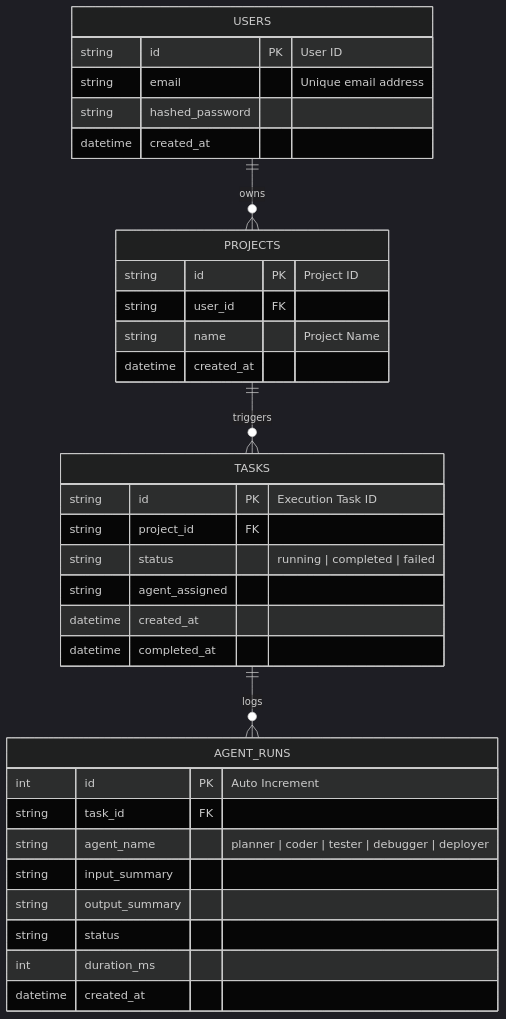
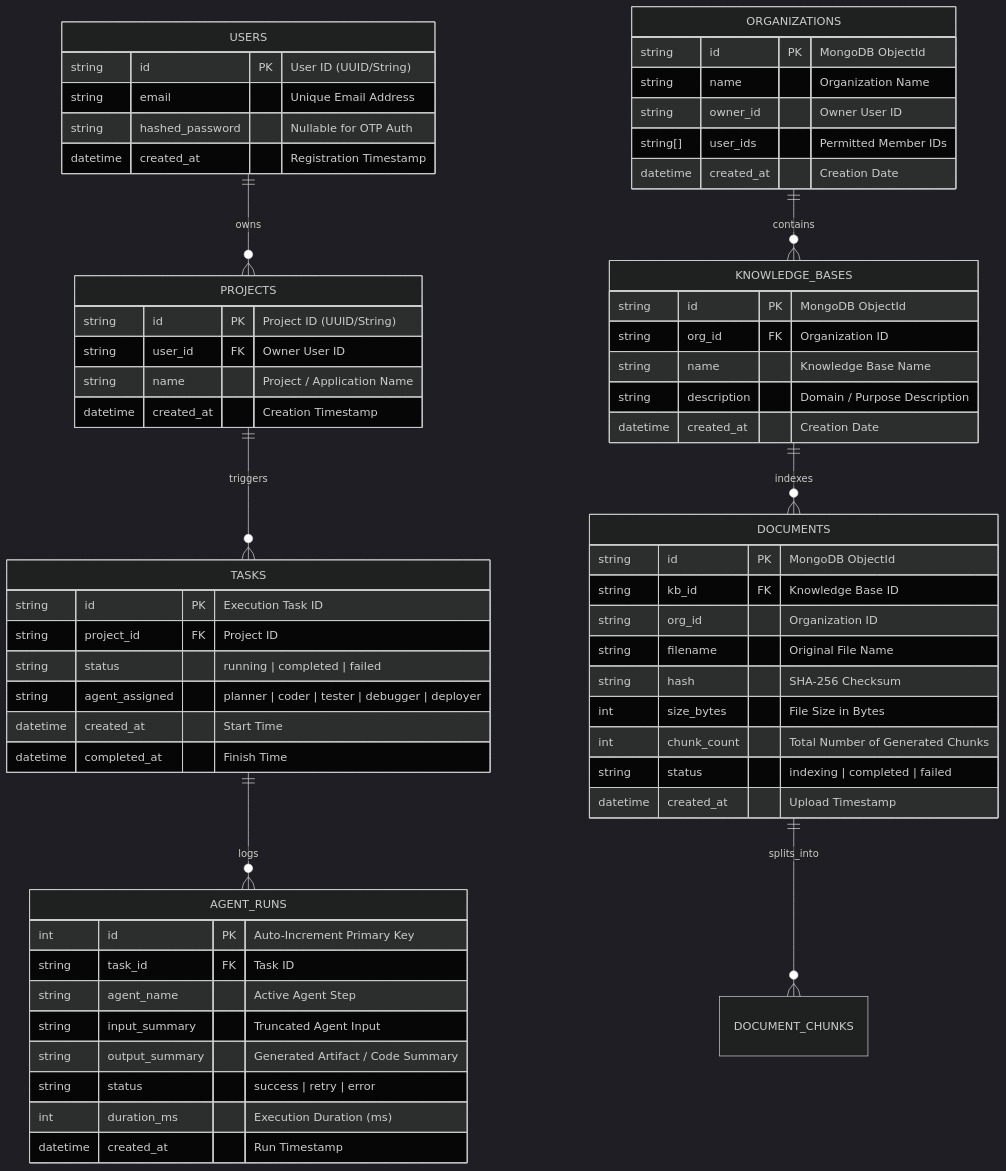
Before and after one commit to Himanshuyadav37/AetheraAI: the second of 3 diagrams in README.md, drawn with Mermaid (dark theme). The commit also changed other lines of this file, not shown here.

Commit message:
docs: create comprehensive production documentation, architecture, admin panel guide, and API reference

````diff
--- a/README.md
+++ b/README.md
@@ -205,37 +145,71 @@
 ```mermaid
 erDiagram
     USERS ||--o{ PROJECTS : owns
     PROJECTS ||--o{ TASKS : triggers
     TASKS ||--o{ AGENT_RUNS : logs
+    ORGANIZATIONS ||--o{ KNOWLEDGE_BASES : contains
+    KNOWLEDGE_BASES ||--o{ DOCUMENTS : indexes
+    DOCUMENTS ||--o{ DOCUMENT_CHUNKS : splits_into
 
     USERS {
-        string id PK "User ID"
-        string email "Unique email address"
-        string hashed_password
-        datetime created_at
+        string id PK "User ID (UUID/String)"
+        string email "Unique Email Address"
+        string hashed_password "Nullable for OTP Auth"
+        datetime created_at "Registration Timestamp"
     }
+
     PROJECTS {
-        string id PK "Project ID"
-        string user_id FK
-        string name "Project Name"
-        datetime created_at
+        string id PK "Project ID (UUID/String)"
+        string user_id FK "Owner User ID"
+        string name "Project / Application Name"
+        datetime created_at "Creation Timestamp"
     }
+
     TASKS {
         string id PK "Execution Task ID"
-        string project_id FK
+        string project_id FK "Project ID"
         string status "running | completed | failed"
-        string agent_assigned
-        datetime created_at
-        datetime completed_at
+        string agent_assigned "planner | coder | tester | debugger | deployer"
+        datetime created_at "Start Time"
+        datetime completed_at "Finish Time"
     }
+
     AGENT_RUNS {
-        int id PK "Auto Increment"
-        string task_id FK
-        string agent_name "planner | coder | tester | debugger | deployer"
-        string input_summary
-        string output_summary
-        string status
-        int duration_ms
-        datetime created_at
+        int id PK "Auto-Increment Primary Key"
+        string task_id FK "Task ID"
+        string agent_name "Active Agent Step"
+        string input_summary "Truncated Agent Input"
+        string output_summary "Generated Artifact / Code Summary"
+        string status "success | retry | error"
+        int duration_ms "Execution Duration (ms)"
+        datetime created_at "Run Timestamp"
+    }
+
+    ORGANIZATIONS {
+        string id PK "MongoDB ObjectId"
+        string name "Organization Name"
+        string owner_id "Owner User ID"
+        string[] user_ids "Permitted Member IDs"
+        datetime created_at "Creation Date"
+    }
+
+    KNOWLEDGE_BASES {
+        string id PK "MongoDB ObjectId"
+        string org_id FK "Organization ID"
+        string name "Knowledge Base Name"
+        string description "Domain / Purpose Description"
+        datetime created_at "Creation Date"
+    }
+
+    DOCUMENTS {
+        string id PK "MongoDB ObjectId"
+        string kb_id FK "Knowledge Base ID"
+        string org_id "Organization ID"
+        string filename "Original File Name"
+        string hash "SHA-256 Checksum"
+        int size_bytes "File Size in Bytes"
+        int chunk_count "Total Number of Generated Chunks"
+        string status "indexing | completed | failed"
+        datetime created_at "Upload Timestamp"
     }
 ```
````
